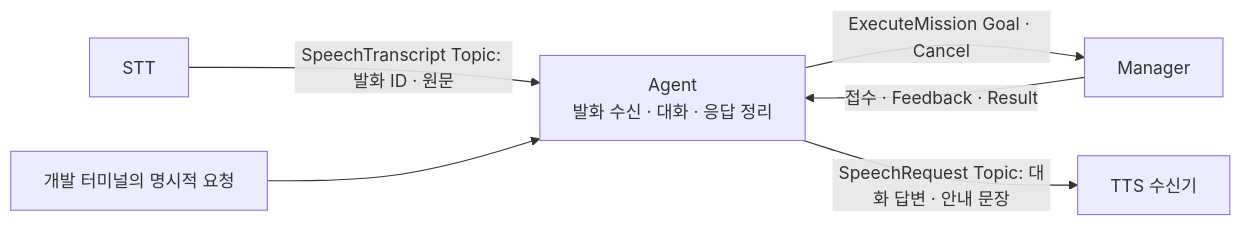
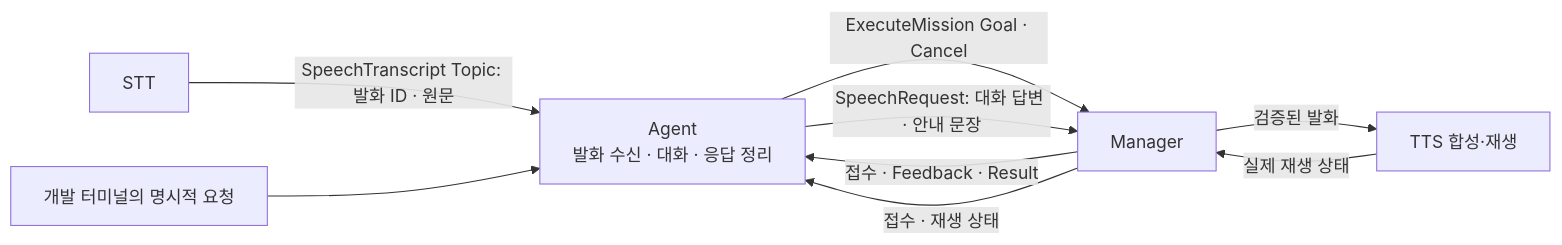
Before and after one commit to SWM-malbut/malbut: the second of 2 diagrams in malbut_agent_server/README.md, drawn with Mermaid. The commit also changed other lines of this file and 49 other files, not shown here.

````diff
--- a/malbut_agent_server/README.md
+++ b/malbut_agent_server/README.md
@@ -660,8 +660,11 @@
 ```mermaid
 flowchart LR
     STT["STT"] -->|"SpeechTranscript Topic: 발화 ID · 원문"| A["Agent<br/>발화 수신 · 대화 · 응답 정리"]
     DEV["개발 터미널의 명시적 요청"] --> A
     A -->|"ExecuteMission Goal · Cancel"| M["Manager"]
     M -->|"접수 · Feedback · Result"| A
-    A -->|"SpeechRequest Topic: 대화 답변 · 안내 문장"| TTS["TTS 수신기"]
+    A -->|"SpeechRequest: 대화 답변 · 안내 문장"| M
+    M -->|"검증된 발화"| TTS["TTS 합성·재생"]
+    TTS -->|"실제 재생 상태"| M
+    M -->|"접수 · 재생 상태"| A
 ```
````
